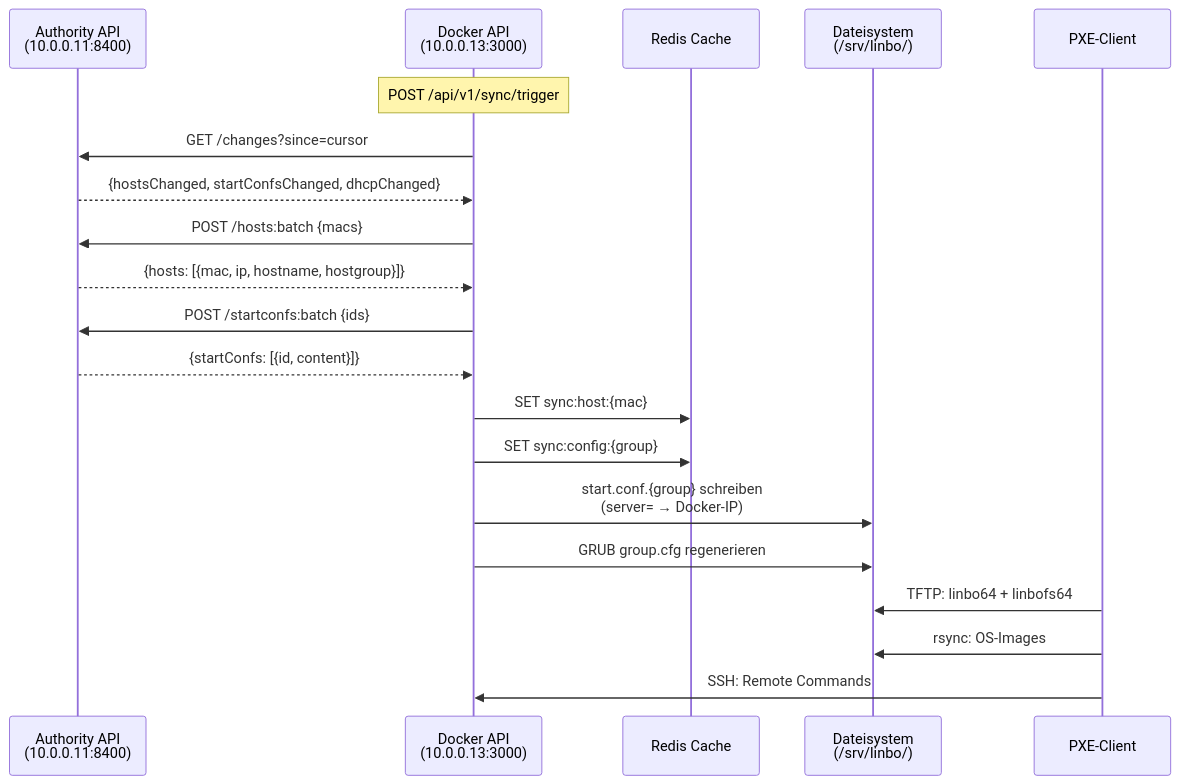
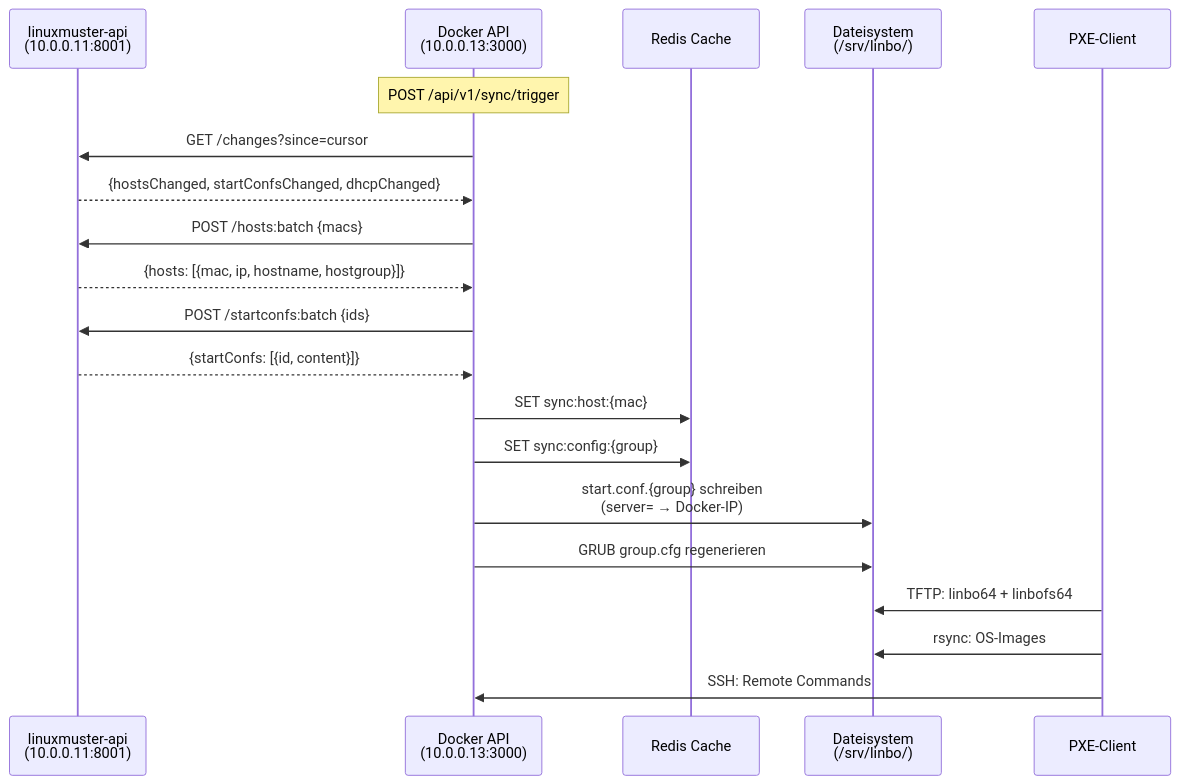
Before and after one commit to amolani/linbo-plugin: the second of 4 diagrams in docs/ARCHITECTURE.md, drawn with Mermaid. The commit also changed other lines of this file and 23 other files, not shown here.

First line of the commit message:
refactor: remove all legacy Authority API (port 8400) references

````diff
--- a/docs/ARCHITECTURE.md
+++ b/docs/ARCHITECTURE.md
@@ -75,28 +75,28 @@
 ```mermaid
 sequenceDiagram
-    participant LMN as Authority API<br/>(10.0.0.11:8400)
+    participant LMN as linuxmuster-api<br/>(10.0.0.11:8001)
     participant API as Docker API<br/>(10.0.0.13:3000)
     participant Redis as Redis Cache
     participant FS as Dateisystem<br/>(/srv/linbo/)
     participant Client as PXE-Client
 
     Note over API: POST /api/v1/sync/trigger
 
     API->>LMN: GET /changes?since=cursor
     LMN-->>API: {hostsChanged, startConfsChanged, dhcpChanged}
 
     API->>LMN: POST /hosts:batch {macs}
     LMN-->>API: {hosts: [{mac, ip, hostname, hostgroup}]}
 
     API->>LMN: POST /startconfs:batch {ids}
     LMN-->>API: {startConfs: [{id, content}]}
 
     API->>Redis: SET sync:host:{mac}
     API->>Redis: SET sync:config:{group}
     API->>FS: start.conf.{group} schreiben<br/>(server= → Docker-IP)
     API->>FS: GRUB group.cfg regenerieren
 
     Client->>FS: TFTP: linbo64 + linbofs64
     Client->>FS: rsync: OS-Images
     Client->>API: SSH: Remote Commands
 ```
````
